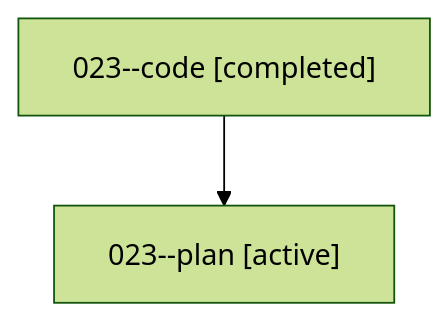
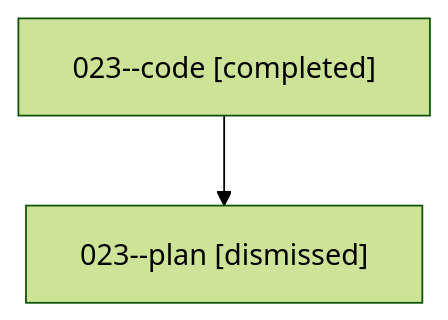
The diagram in sessions/bbugyi200.athena.023.md (bobs-org/bob-cli--agents), drawn with Mermaid (forest theme) before and after one commit. The commit also changed other lines of this file and 46 other files, not shown here.

````diff
--- a/sessions/bbugyi200.athena.023.md
+++ b/sessions/bbugyi200.athena.023.md
@@ -9,6 +9,6 @@
 ```mermaid
 flowchart TD
   n0["023--code [completed]"]
-  n1["023--plan [active]"]
+  n1["023--plan [dismissed]"]
   n0 --> n1
 ```
````
